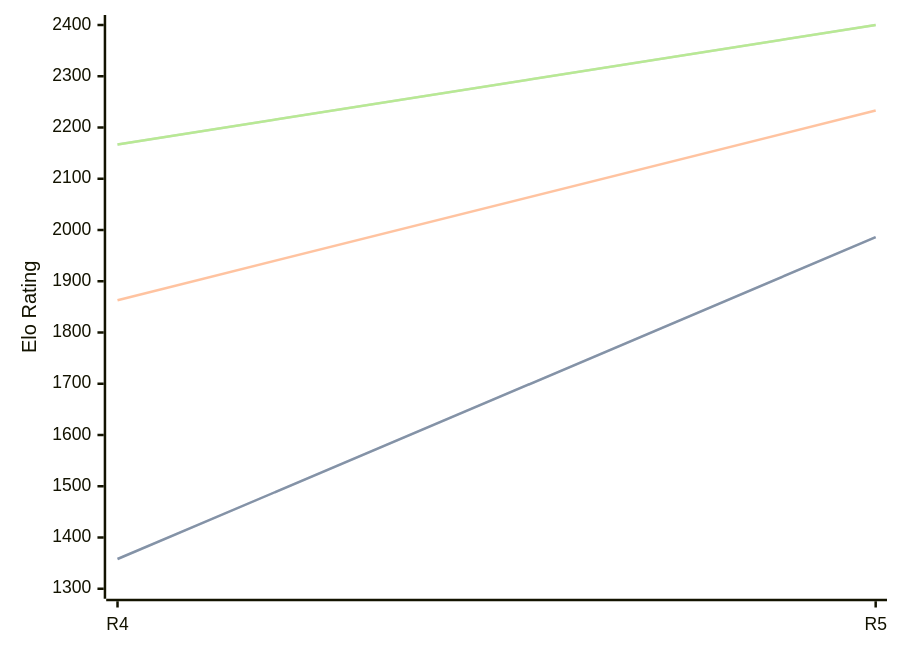
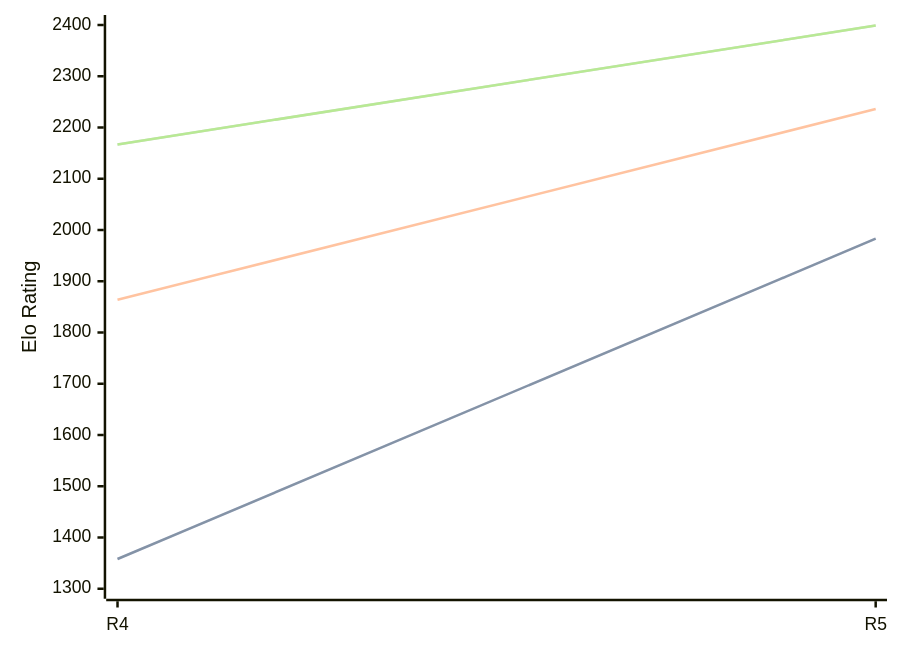
Before and after one commit to computer-chess-index/cci: the diagram in engines/Viking.md, drawn with Mermaid. The commit also changed other lines of this file, not shown here.

Commit message:
Update CCI Ratings (ELO VLTC) - 2026-05-06

````diff
--- a/engines/Viking.md
+++ b/engines/Viking.md
@@ -35,11 +35,11 @@
 ```mermaid
 %%{init: {"theme":"base","themeVariables":{"seriesColors:['#a3a3a3','#222221','#faa371']}}}%%
 xychart-beta
   x-axis ["R4", "R5"]
   y-axis "Elo Rating" 1300 --> 2400
-  line "STC (8.0+0.08s)" [1358, 1986]
-  line "STC (8.0+0.08s)" [1358, 1986]
-  line "LTC (60.0+0.60s)" [1863, 2233]
-  line "VLTC (2m24s+1.12s)" [2167, 2400]
-  line "VLTC (2m24s+1.12s)" [2167, 2400]
+  line "STC (8.0+0.08s)" [1358, 1983]
+  line "STC (8.0+0.08s)" [1358, 1983]
+  line "LTC (60.0+0.60s)" [1864, 2236]
+  line "VLTC (2m24s+1.12s)" [2167, 2399]
+  line "VLTC (2m24s+1.12s)" [2167, 2399]
 ```
````
